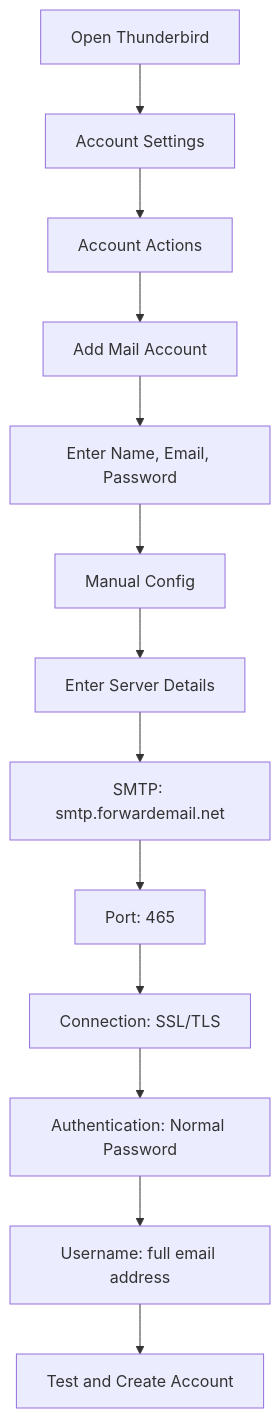
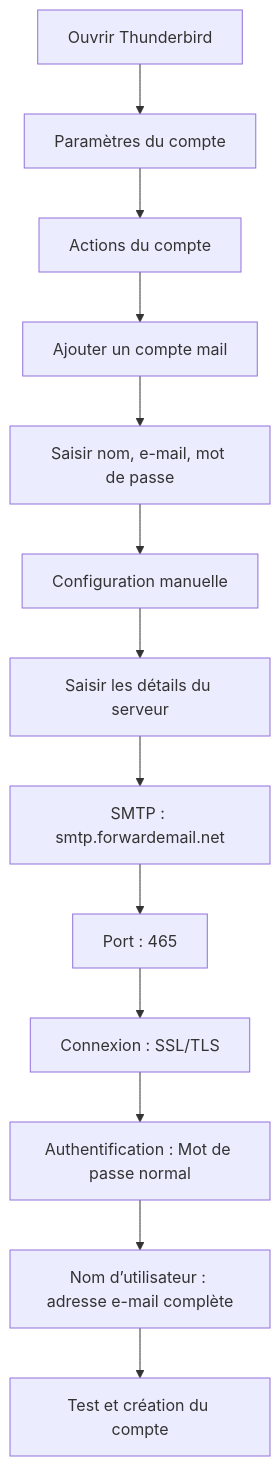
The diagram in app/views/guides/smtp-integration/index-fr.md (forwardemail/forwardemail.net), drawn with Mermaid before and after one commit. The commit also changed other lines of this file and 1055 other files, not shown here.

````diff
--- a/app/views/guides/smtp-integration/index-fr.md
+++ b/app/views/guides/smtp-integration/index-fr.md
@@ -427,15 +434,15 @@
 ```mermaid
 flowchart TD
-    A[Open Thunderbird] --> B[Account Settings]
-    B --> C[Account Actions]
-    C --> D[Add Mail Account]
-    D --> E[Enter Name, Email, Password]
-    E --> F[Manual Config]
-    F --> G[Enter Server Details]
-    G --> H[SMTP: smtp.forwardemail.net]
-    H --> I[Port: 465]
-    I --> J[Connection: SSL/TLS]
-    J --> K[Authentication: Normal Password]
-    K --> L[Username: full email address]
-    L --> M[Test and Create Account]
+    A[Ouvrir Thunderbird] --> B[Paramètres du compte]
+    B --> C[Actions du compte]
+    C --> D[Ajouter un compte mail]
+    D --> E[Saisir nom, e-mail, mot de passe]
+    E --> F[Configuration manuelle]
+    F --> G[Saisir les détails du serveur]
+    G --> H[SMTP : smtp.forwardemail.net]
+    H --> I[Port : 465]
+    I --> J[Connexion : SSL/TLS]
+    J --> K[Authentification : Mot de passe normal]
+    K --> L[Nom d’utilisateur : adresse e-mail complète]
+    L --> M[Test et création du compte]
 ```
````
